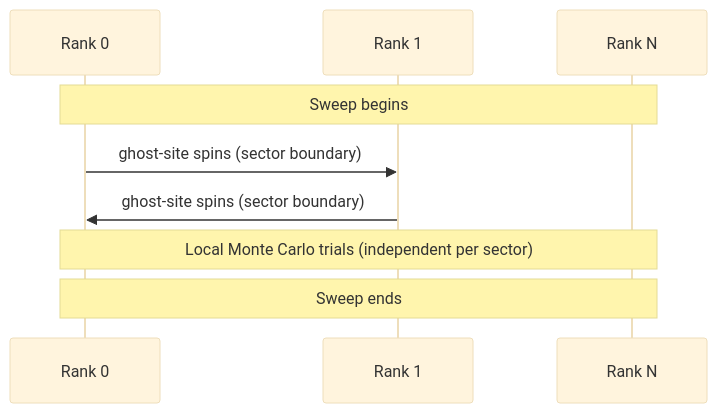
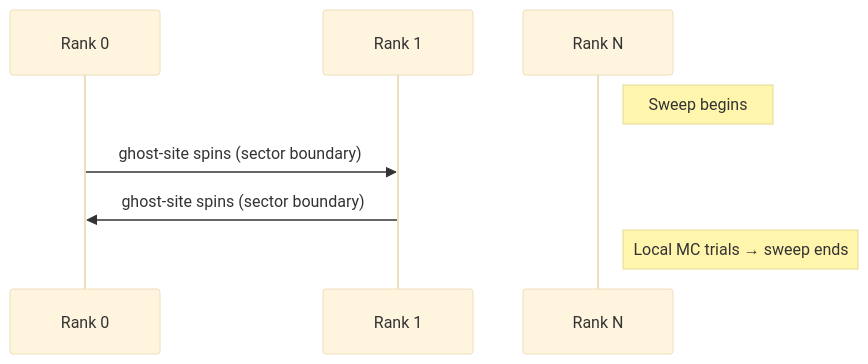
One commit to ngduchai/guard-agent changed the second of 3 diagrams in tests/apps/docs/SPPARKS/README.md. Above: the diagram before and after it, drawn with Mermaid (base theme). The commit also changed other lines of this file and 43 other files, not shown here.

````diff
--- a/tests/apps/docs/SPPARKS/README.md
+++ b/tests/apps/docs/SPPARKS/README.md
@@ -102,12 +102,11 @@
 ```mermaid
 sequenceDiagram
     participant R0 as Rank 0
     participant R1 as Rank 1
     participant RN as Rank N
 
-    Note over R0,RN: Sweep begins
+    Note right of RN: Sweep begins
     R0->>R1: ghost-site spins (sector boundary)
     R1->>R0: ghost-site spins (sector boundary)
-    Note over R0,RN: Local Monte Carlo trials (independent per sector)
-    Note over R0,RN: Sweep ends
+    Note right of RN: Local MC trials → sweep ends
 ```
````
